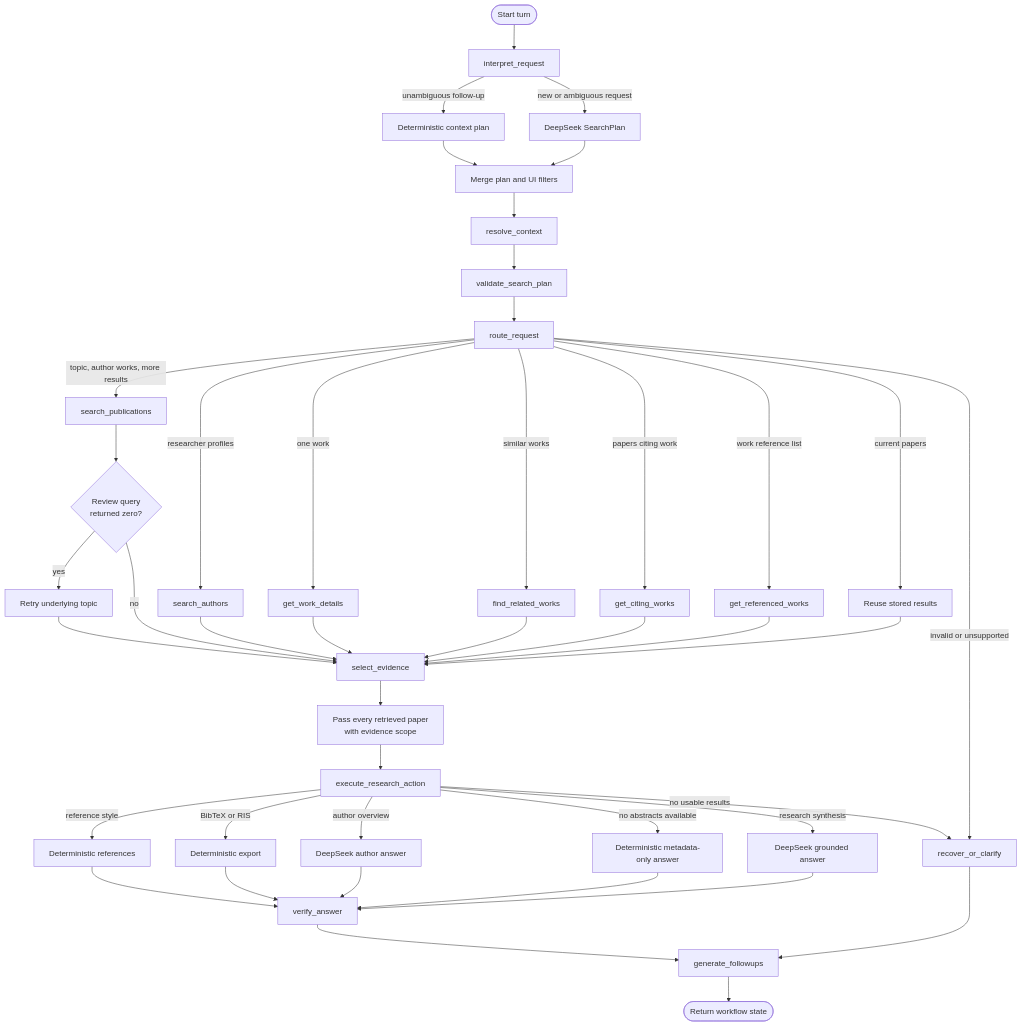
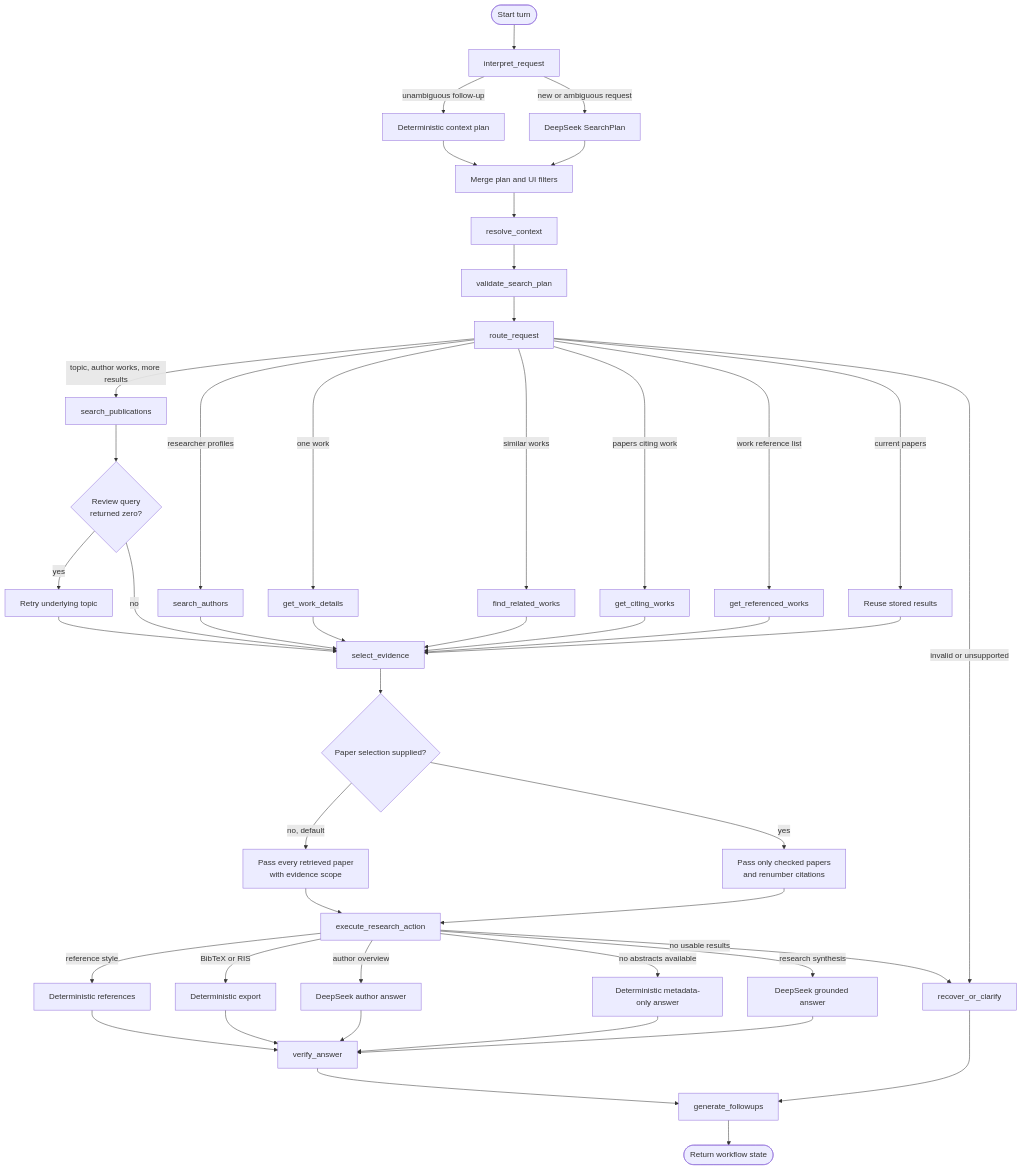
Before and after one commit to Yarroudh/Literae: the second of 4 diagrams in docs/architecture.md, drawn with Mermaid. The commit also changed other lines of this file and 10 other files, not shown here.

Commit message:
Add persistent paper selection for follow-up research

````diff
--- a/docs/architecture.md
+++ b/docs/architecture.md
@@ -77,51 +79,54 @@
 ```mermaid
 flowchart TD
     Start([Start turn]) --> Interpret[interpret_request]
 
     Interpret -->|unambiguous follow-up| LocalPlan[Deterministic context plan]
     Interpret -->|new or ambiguous request| LLMPlan[DeepSeek SearchPlan]
     LocalPlan --> Merge[Merge plan and UI filters]
     LLMPlan --> Merge
     Merge --> Context[resolve_context]
     Context --> Validate[validate_search_plan]
     Validate --> Route[route_request]
 
     Route -->|topic, author works, more results| Search[search_publications]
     Route -->|researcher profiles| Authors[search_authors]
     Route -->|one work| Details[get_work_details]
     Route -->|similar works| Related[find_related_works]
     Route -->|papers citing work| Citing[get_citing_works]
     Route -->|work reference list| Referenced[get_referenced_works]
     Route -->|current papers| Reuse[Reuse stored results]
     Route -->|invalid or unsupported| Recover[recover_or_clarify]
 
     Search --> ReviewFallback{Review query<br/>returned zero?}
     ReviewFallback -->|yes| BroadSearch[Retry underlying topic]
     ReviewFallback -->|no| Evidence[select_evidence]
     BroadSearch --> Evidence
     Authors --> Evidence
     Details --> Evidence
     Related --> Evidence
     Citing --> Evidence
     Referenced --> Evidence
     Reuse --> Evidence
 
-    Evidence --> AllPapers[Pass every retrieved paper<br/>with evidence scope]
+    Evidence --> Selection{Paper selection supplied?}
+    Selection -->|no, default| AllPapers[Pass every retrieved paper<br/>with evidence scope]
+    Selection -->|yes| IncludedPapers[Pass only checked papers<br/>and renumber citations]
+    IncludedPapers --> Action
     AllPapers --> Action[execute_research_action]
 
     Action -->|reference style| RefFormat[Deterministic references]
     Action -->|BibTeX or RIS| Export[Deterministic export]
     Action -->|author overview| AuthorAnswer[DeepSeek author answer]
     Action -->|no abstracts available| MetadataAnswer[Deterministic metadata-only answer]
     Action -->|research synthesis| ResearchAnswer[DeepSeek grounded answer]
     Action -->|no usable results| Recover
 
     RefFormat --> Verify[verify_answer]
     Export --> Verify
     AuthorAnswer --> Verify
     MetadataAnswer --> Verify
     ResearchAnswer --> Verify
     Verify --> Suggestions[generate_followups]
     Recover --> Suggestions
     Suggestions --> End([Return workflow state])
 ```
````
